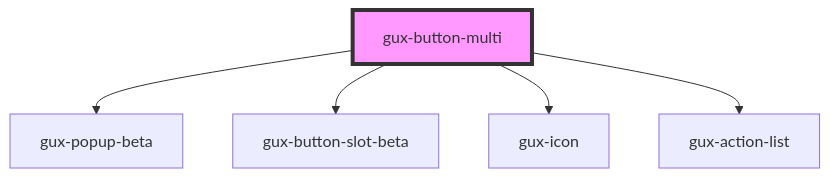
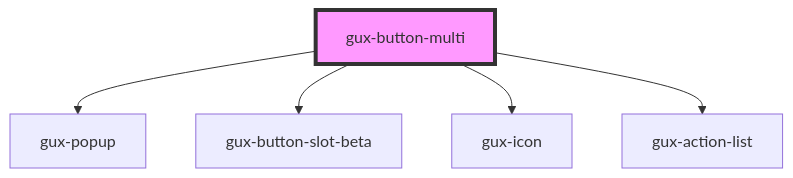
Before and after one commit to MyPureCloud/genesys-spark: the diagram in src/components/beta/gux-button-multi/readme.md, drawn with Mermaid. The commit also changed other lines of this file and 21 other files, not shown here.

First line of the commit message:
feat(popup): moved gux-popup to stable

````diff
--- a/src/components/beta/gux-button-multi/readme.md
+++ b/src/components/beta/gux-button-multi/readme.md
@@ -44,8 +44,8 @@
 ```mermaid
 graph TD;
-  gux-button-multi --> gux-popup-beta
+  gux-button-multi --> gux-popup
   gux-button-multi --> gux-button-slot-beta
   gux-button-multi --> gux-icon
   gux-button-multi --> gux-action-list
   style gux-button-multi fill:#f9f,stroke:#333,stroke-width:4px
 ```
````
